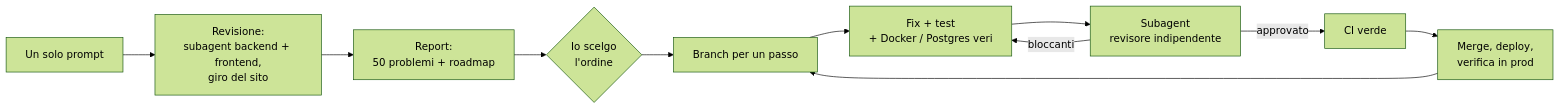
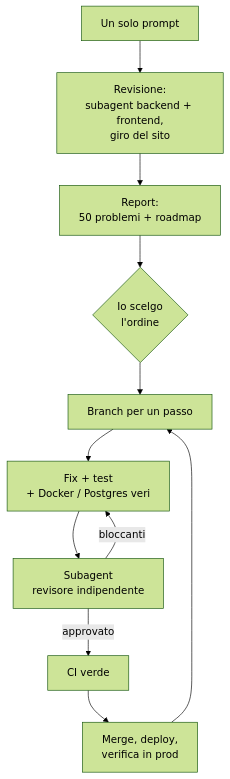
The diagram in content/it/posts/un-anno-dopo-un-modello-piu-forte-rivede-la-mia-app-vibe-coded/index.md (mmornati/mornati-blog), drawn with Mermaid (forest theme) before and after one commit. The commit also changed 2 other files, not shown here.

Commit message:
Lay out the workflow diagram top-down so it stays readable

````diff
--- a/content/it/posts/un-anno-dopo-un-modello-piu-forte-rivede-la-mia-app-vibe-coded/index.md
+++ b/content/it/posts/un-anno-dopo-un-modello-piu-forte-rivede-la-mia-app-vibe-coded/index.md
@@ -134,13 +134,13 @@
 ```mermaid
-flowchart LR
+flowchart TD
     P[Un solo prompt] --> R[Revisione:<br/>subagent backend + frontend,<br/>giro del sito]
     R --> Rep[Report:<br/>50 problemi + roadmap]
     Rep --> Me{Io scelgo<br/>l'ordine}
     Me --> B[Branch per un passo]
     B --> T[Fix + test<br/>+ Docker / Postgres veri]
     T --> Rev[Subagent<br/>revisore indipendente]
     Rev -- bloccanti --> T
     Rev -- approvato --> CI[CI verde]
     CI --> M[Merge, deploy,<br/>verifica in prod]
     M --> B
 ```
````
